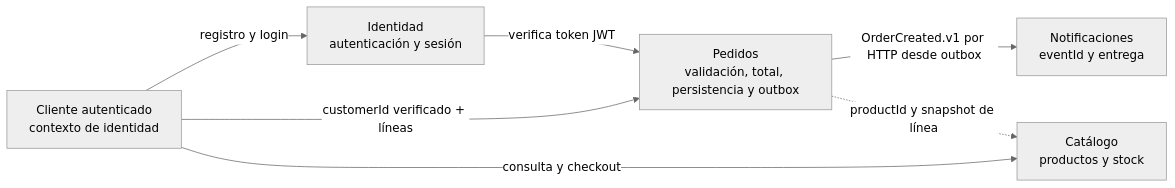
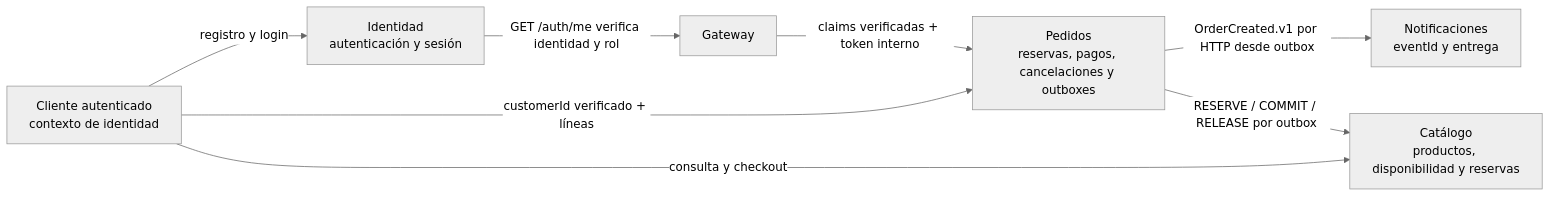
One commit to HectorARiascosI/mileshop-platform changed the second of 10 diagrams in docs/wiki/architecture-overview.md. Above: the diagram before and after it, drawn with Mermaid (neutral theme). The commit also changed other lines of this file and 106 other files, not shown here.

````diff
--- a/docs/wiki/architecture-overview.md
+++ b/docs/wiki/architecture-overview.md
@@ -40,15 +41,16 @@
 ```mermaid
 flowchart LR
     Customer[Cliente autenticado\ncontexto de identidad]
     IdentityCtx[Identidad\nautenticación y sesión]
-    CatalogCtx[Catálogo\nproductos y stock]
-    OrdersCtx[Pedidos\nvalidación, total, persistencia y outbox]
+    CatalogCtx[Catálogo\nproductos, disponibilidad y reservas]
+    OrdersCtx[Pedidos\nreservas, pagos, cancelaciones y outboxes]
     NotificationCtx[Notificaciones\neventId y entrega]
 
     Customer -->|registro y login| IdentityCtx
     Customer -->|consulta y checkout| CatalogCtx
     Customer -->|customerId verificado + líneas| OrdersCtx
-    IdentityCtx -->|verifica token JWT| OrdersCtx
+    IdentityCtx -->|GET /auth/me verifica identidad y rol| Gateway
+    Gateway -->|claims verificadas + token interno| OrdersCtx
     OrdersCtx -->|OrderCreated.v1 por HTTP desde outbox| NotificationCtx
-    OrdersCtx -.->|productId y snapshot de línea| CatalogCtx
+    OrdersCtx -->|RESERVE / COMMIT / RELEASE por outbox| CatalogCtx
 ```
````
